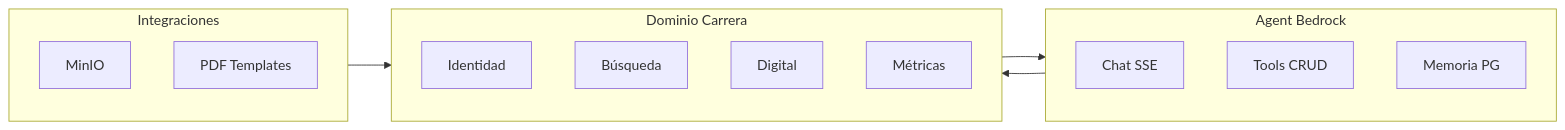
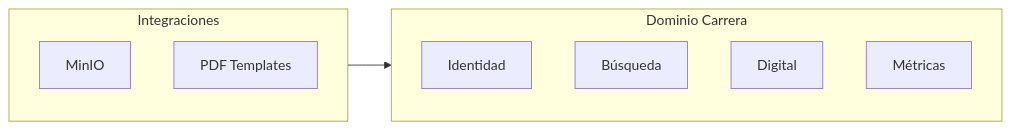
The second of 4 diagrams in cjhirashi-career-api/docs/ARCHITECTURE.md (cjhirashi/cjhirashi-career), drawn with Mermaid before and after one commit. The commit also changed other lines of this file and 82 other files, not shown here.

Commit message:
docs: documentación al día tras retirar Bedrock, Qdrant y el descubrimiento de vacantes; limpieza de restos (web_search, cjhirashi-career-ai, comentarios, estilos del chat)

````diff
--- a/cjhirashi-career-api/docs/ARCHITECTURE.md
+++ b/cjhirashi-career-api/docs/ARCHITECTURE.md
@@ -186,24 +176,16 @@
 ```mermaid
 graph LR
     subgraph Career["Dominio Carrera"]
         ID[Identidad]
         SR[Búsqueda]
         DG[Digital]
         MT[Métricas]
     end
 
-    subgraph Agent["Agent Bedrock"]
-        Chat[Chat SSE]
-        Tools[Tools CRUD]
-        Mem[Memoria PG]
-    end
-
     subgraph Integrations["Integraciones"]
         Files[MinIO]
         PDF[PDF Templates]
     end
 
-    Career --> Agent
-    Agent --> Career
     Integrations --> Career
 ```
````
